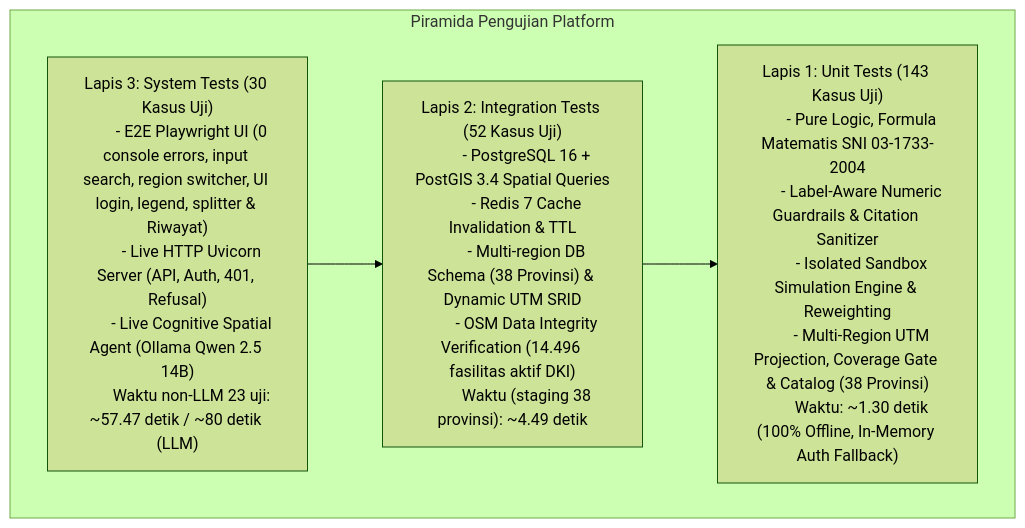
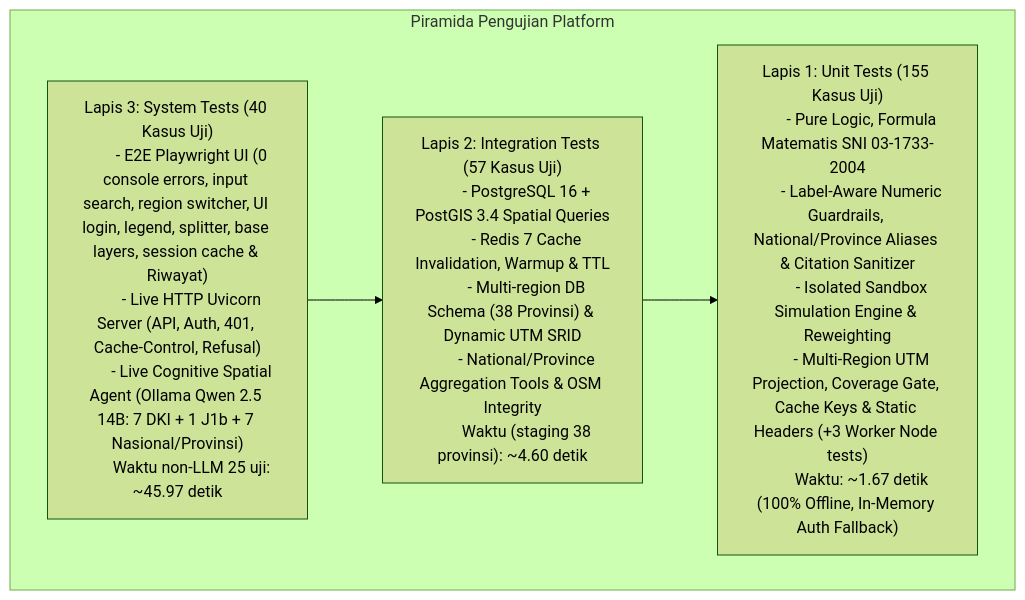
The diagram in docs/TESTING.md (Naputriz/District-Resource-Profiling), drawn with Mermaid (forest theme) before and after one commit. The commit also changed other lines of this file and 23 other files, not shown here.

````diff
--- a/docs/TESTING.md
+++ b/docs/TESTING.md
@@ -12,27 +12,27 @@
 ```mermaid
 flowchart TD
     subgraph Pyramid ["Piramida Pengujian Platform"]
-        SYS["Lapis 3: System Tests (30 Kasus Uji)
-        - E2E Playwright UI (0 console errors, input search, region switcher, UI login, legend, splitter & Riwayat)
-        - Live HTTP Uvicorn Server (API, Auth, 401, Refusal)
-        - Live Cognitive Spatial Agent (Ollama Qwen 2.5 14B)
-        Waktu non-LLM 23 uji: ~57.47 detik / ~80 detik (LLM)"]
+        SYS["Lapis 3: System Tests (40 Kasus Uji)
+        - E2E Playwright UI (0 console errors, input search, region switcher, UI login, legend, splitter, base layers, session cache & Riwayat)
+        - Live HTTP Uvicorn Server (API, Auth, 401, Cache-Control, Refusal)
+        - Live Cognitive Spatial Agent (Ollama Qwen 2.5 14B: 7 DKI + 1 J1b + 7 Nasional/Provinsi)
+        Waktu non-LLM 25 uji: ~45.97 detik"]
         
-        INT["Lapis 2: Integration Tests (52 Kasus Uji)
+        INT["Lapis 2: Integration Tests (57 Kasus Uji)
         - PostgreSQL 16 + PostGIS 3.4 Spatial Queries
-        - Redis 7 Cache Invalidation & TTL
+        - Redis 7 Cache Invalidation, Warmup & TTL
         - Multi-region DB Schema (38 Provinsi) & Dynamic UTM SRID
-        - OSM Data Integrity Verification (14.496 fasilitas aktif DKI)
-        Waktu (staging 38 provinsi): ~4.49 detik"]
+        - National/Province Aggregation Tools & OSM Integrity
+        Waktu (staging 38 provinsi): ~4.60 detik"]
         
-        UNIT["Lapis 1: Unit Tests (143 Kasus Uji)
+        UNIT["Lapis 1: Unit Tests (155 Kasus Uji)
         - Pure Logic, Formula Matematis SNI 03-1733-2004
-        - Label-Aware Numeric Guardrails & Citation Sanitizer
+        - Label-Aware Numeric Guardrails, National/Province Aliases & Citation Sanitizer
         - Isolated Sandbox Simulation Engine & Reweighting
-        - Multi-Region UTM Projection, Coverage Gate & Catalog (38 Provinsi)
-        Waktu: ~1.30 detik (100% Offline, In-Memory Auth Fallback)"]
+        - Multi-Region UTM Projection, Coverage Gate, Cache Keys & Static Headers (+3 Worker Node tests)
+        Waktu: ~1.67 detik (100% Offline, In-Memory Auth Fallback)"]
     end
 
     SYS --> INT
     INT --> UNIT
 ```
````
